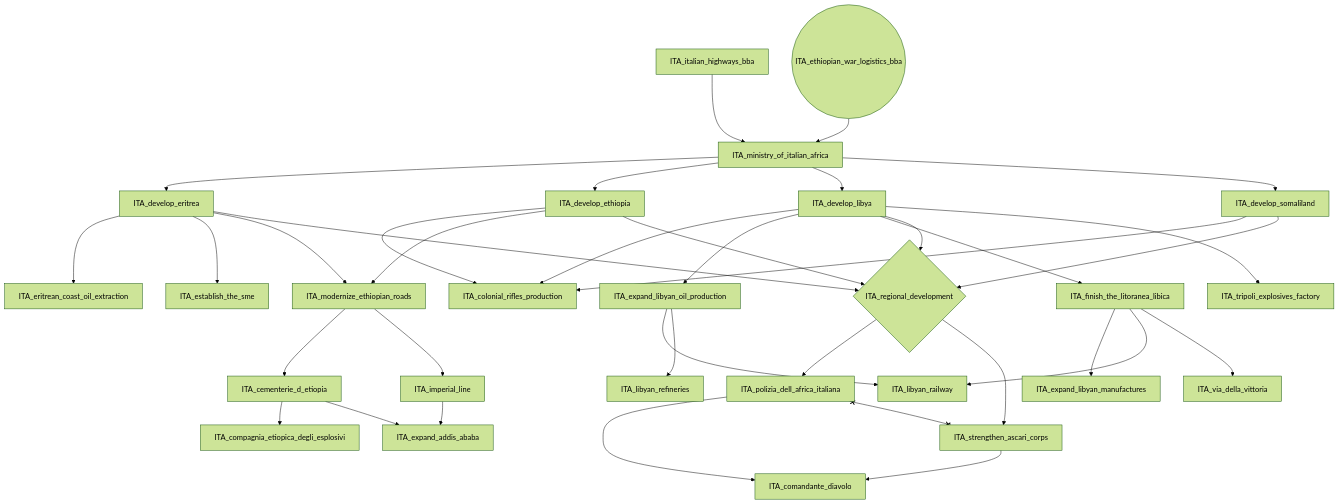
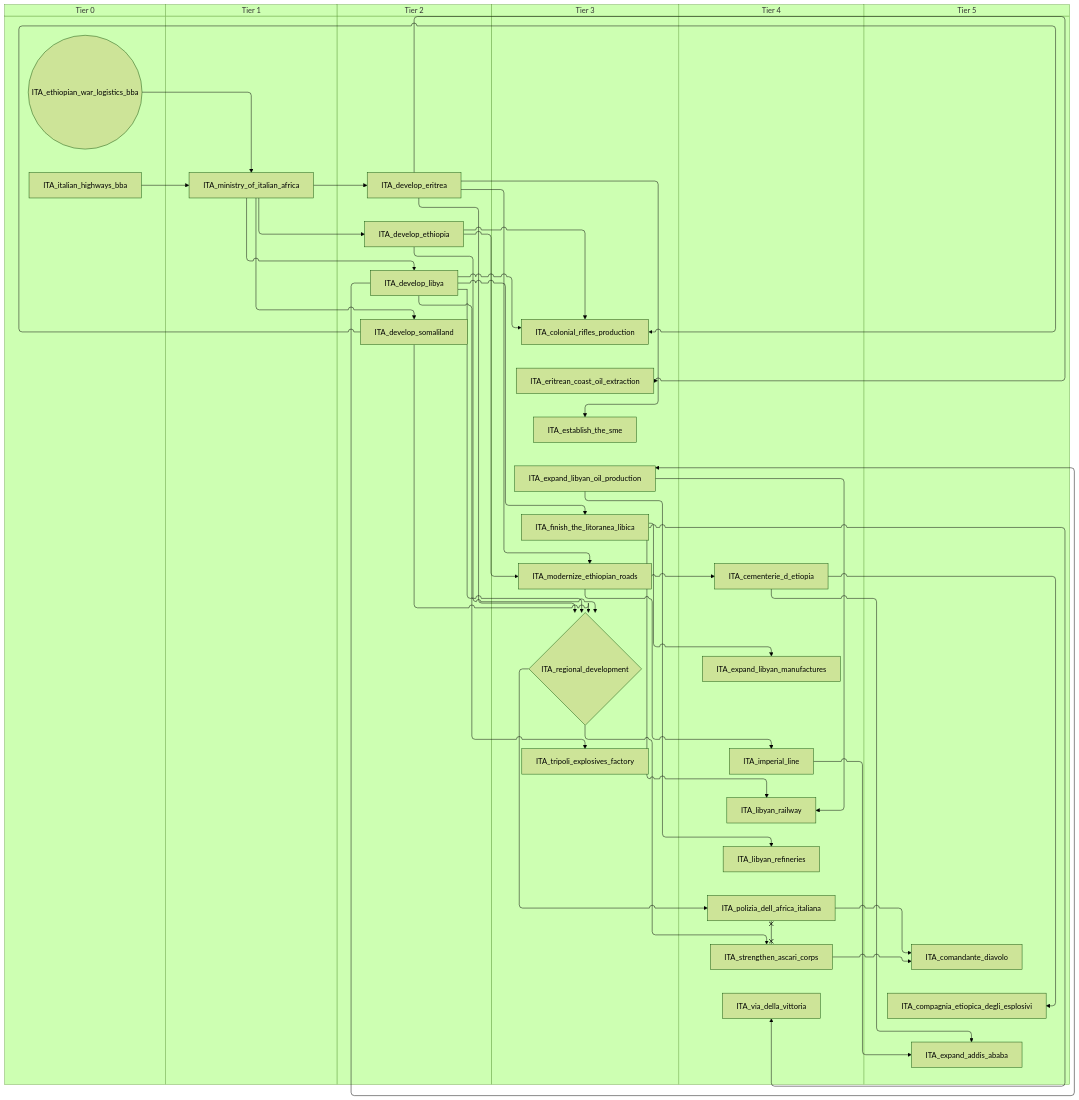
The second of 10 diagrams in docs/gdd/National Focuses/italy.md (evgeny-sobol/hoi4-sandbox-mode-r56), drawn with Mermaid (forest theme) before and after one commit. The commit also changed other lines of this file and 423 other files, not shown here.

First line of the commit message:
Re-export Rt56 focus trees as swimlane diagrams

````diff
--- a/docs/gdd/National Focuses/italy.md
+++ b/docs/gdd/National Focuses/italy.md
@@ -73,64 +85,76 @@
 ```mermaid
-flowchart TD
-    n25["ITA_cementerie_d_etiopia"]
-    n26["ITA_colonial_rifles_production"]
-    n27["ITA_comandante_diavolo"]
-    n28["ITA_compagnia_etiopica_degli_esplosivi"]
-    n29["ITA_develop_eritrea"]
-    n30["ITA_develop_ethiopia"]
-    n31["ITA_develop_libya"]
-    n32["ITA_develop_somaliland"]
-    n33["ITA_eritrean_coast_oil_extraction"]
-    n34["ITA_establish_the_sme"]
-    n35(("ITA_ethiopian_war_logistics_bba"))
-    n36["ITA_expand_addis_ababa"]
-    n37["ITA_expand_libyan_manufactures"]
-    n38["ITA_expand_libyan_oil_production"]
-    n39["ITA_finish_the_litoranea_libica"]
-    n40["ITA_imperial_line"]
-    n41["ITA_italian_highways_bba"]
-    n42["ITA_libyan_railway"]
-    n43["ITA_libyan_refineries"]
-    n44["ITA_ministry_of_italian_africa"]
-    n45["ITA_modernize_ethiopian_roads"]
-    n46["ITA_polizia_dell_africa_italiana"]
-    n47{"ITA_regional_development"}
-    n48["ITA_strengthen_ascari_corps"]
-    n49["ITA_tripoli_explosives_factory"]
-    n50["ITA_via_della_vittoria"]
-    n45 --> n25
-    n31 --> n26
-    n32 --> n26
-    n30 --> n26
-    n46 --> n27
-    n48 --> n27
-    n25 --> n28
-    n44 --> n29
-    n44 --> n30
-    n44 --> n31
-    n44 --> n32
-    n29 --> n33
-    n29 --> n34
-    n40 --> n36
-    n25 --> n36
-    n39 --> n37
+swimlane-beta TD
+    subgraph tier_0["Tier 0"]
+        n25(("ITA_ethiopian_war_logistics_bba"))
+        n26["ITA_italian_highways_bba"]
+    end
+    subgraph tier_1["Tier 1"]
+        n27["ITA_ministry_of_italian_africa"]
+    end
+    subgraph tier_2["Tier 2"]
+        n28["ITA_develop_eritrea"]
+        n29["ITA_develop_ethiopia"]
+        n30["ITA_develop_libya"]
+        n31["ITA_develop_somaliland"]
+    end
+    subgraph tier_3["Tier 3"]
+        n32["ITA_colonial_rifles_production"]
+        n33["ITA_eritrean_coast_oil_extraction"]
+        n34["ITA_establish_the_sme"]
+        n35["ITA_expand_libyan_oil_production"]
+        n36["ITA_finish_the_litoranea_libica"]
+        n37["ITA_modernize_ethiopian_roads"]
+        n38{"ITA_regional_development"}
+        n39["ITA_tripoli_explosives_factory"]
+    end
+    subgraph tier_4["Tier 4"]
+        n40["ITA_cementerie_d_etiopia"]
+        n41["ITA_expand_libyan_manufactures"]
+        n42["ITA_imperial_line"]
+        n43["ITA_libyan_railway"]
+        n44["ITA_libyan_refineries"]
+        n45["ITA_polizia_dell_africa_italiana"]
+        n46["ITA_strengthen_ascari_corps"]
+        n47["ITA_via_della_vittoria"]
+    end
+    subgraph tier_5["Tier 5"]
+        n48["ITA_comandante_diavolo"]
+        n49["ITA_compagnia_etiopica_degli_esplosivi"]
+        n50["ITA_expand_addis_ababa"]
+    end
+    n37 --> n40
+    n30 --> n32
+    n31 --> n32
+    n29 --> n32
+    n45 --> n48
+    n46 --> n48
+    n40 --> n49
+    n27 --> n28
+    n27 --> n29
+    n27 --> n30
+    n27 --> n31
+    n28 --> n33
+    n28 --> n34
+    n42 --> n50
+    n40 --> n50
+    n36 --> n41
+    n30 --> n35
+    n30 --> n36
+    n37 --> n42
+    n36 --> n43
+    n35 --> n43
+    n35 --> n44
+    n26 --> n27
+    n25 --> n27
+    n29 --> n37
+    n28 --> n37
+    n38 --> n45
+    n28 --> n38
+    n30 --> n38
     n31 --> n38
-    n31 --> n39
-    n45 --> n40
-    n39 --> n42
-    n38 --> n42
-    n38 --> n43
-    n41 --> n44
-    n35 --> n44
-    n30 --> n45
-    n29 --> n45
-    n47 --> n46
-    n29 --> n47
-    n31 --> n47
-    n32 --> n47
-    n30 --> n47
-    n47 --> n48
-    n31 --> n49
-    n39 --> n50
-    n46 x--x n48
+    n29 --> n38
+    n38 --> n46
+    n30 --> n39
+    n36 --> n47
+    n45 x--x n46
 ```
````
